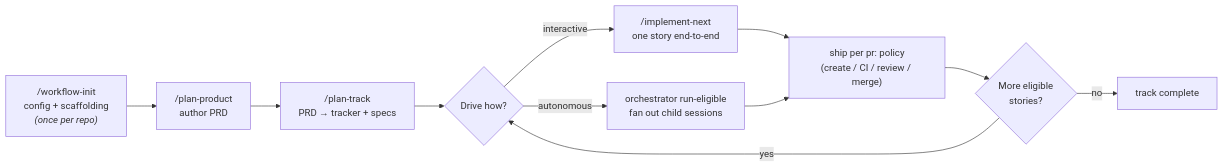
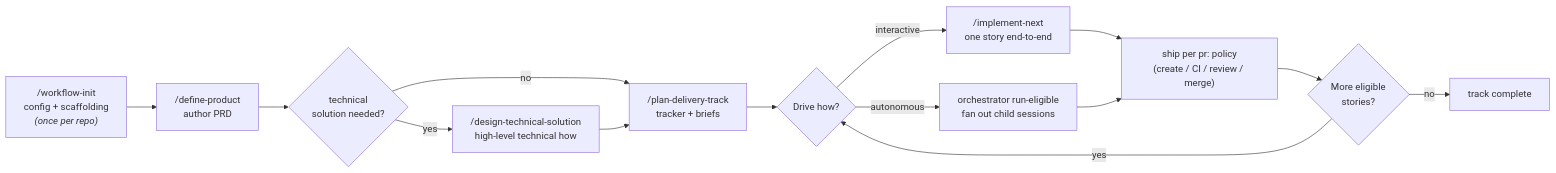
One commit to aryeko/agentic-workflow-kit changed the second of 2 diagrams in README.md. Above: the diagram before and after it, drawn with Mermaid. The commit also changed other lines of this file and 86 other files, not shown here.

````diff
--- a/README.md
+++ b/README.md
@@ -44,13 +47,16 @@
 ```mermaid
 flowchart LR
-  A["/workflow-init<br/>config + scaffolding<br/><i>(once per repo)</i>"] --> B["/plan-product<br/>author PRD"]
-  B --> C["/plan-track<br/>PRD → tracker + specs"]
-  C --> D{Drive how?}
-  D -->|interactive| E["/implement-next<br/>one story end-to-end"]
-  D -->|autonomous| F["orchestrator run-eligible<br/>fan out child sessions"]
-  E --> G["ship per pr: policy<br/>(create / CI / review / merge)"]
-  F --> G
-  G --> H{More eligible<br/>stories?}
-  H -->|yes| D
-  H -->|no| I["track complete"]
+  A["/workflow-init<br/>config + scaffolding<br/><i>(once per repo)</i>"] --> B["/define-product<br/>author PRD"]
+  B --> C{"technical<br/>solution needed?"}
+  C -->|yes| D["/design-technical-solution<br/>high-level technical how"]
+  C -->|no| E["/plan-delivery-track<br/>tracker + briefs"]
+  D --> E
+  E --> F{Drive how?}
+  F -->|interactive| G["/implement-next<br/>one story end-to-end"]
+  F -->|autonomous| H["orchestrator run-eligible<br/>fan out child sessions"]
+  G --> I["ship per pr: policy<br/>(create / CI / review / merge)"]
+  H --> I
+  I --> J{More eligible<br/>stories?}
+  J -->|yes| F
+  J -->|no| K["track complete"]
 ```
````
